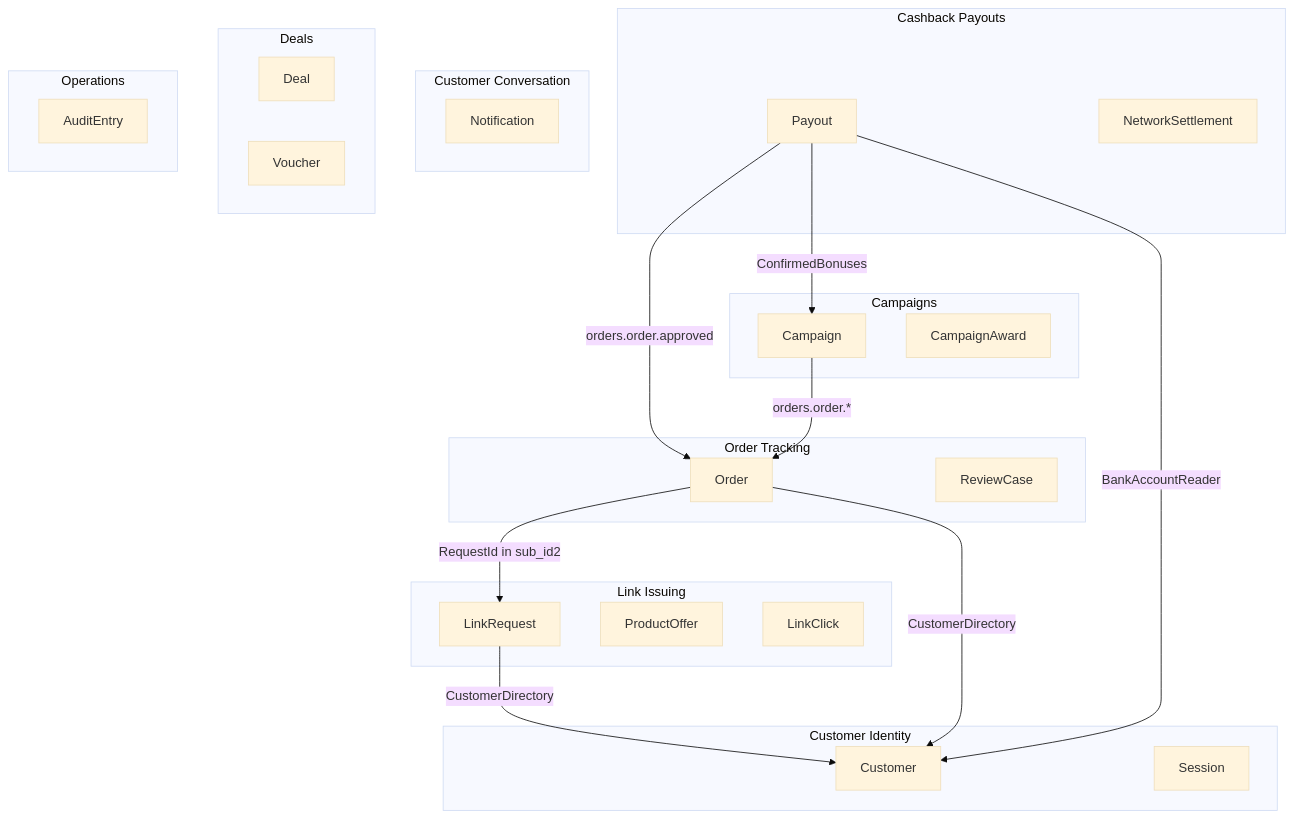
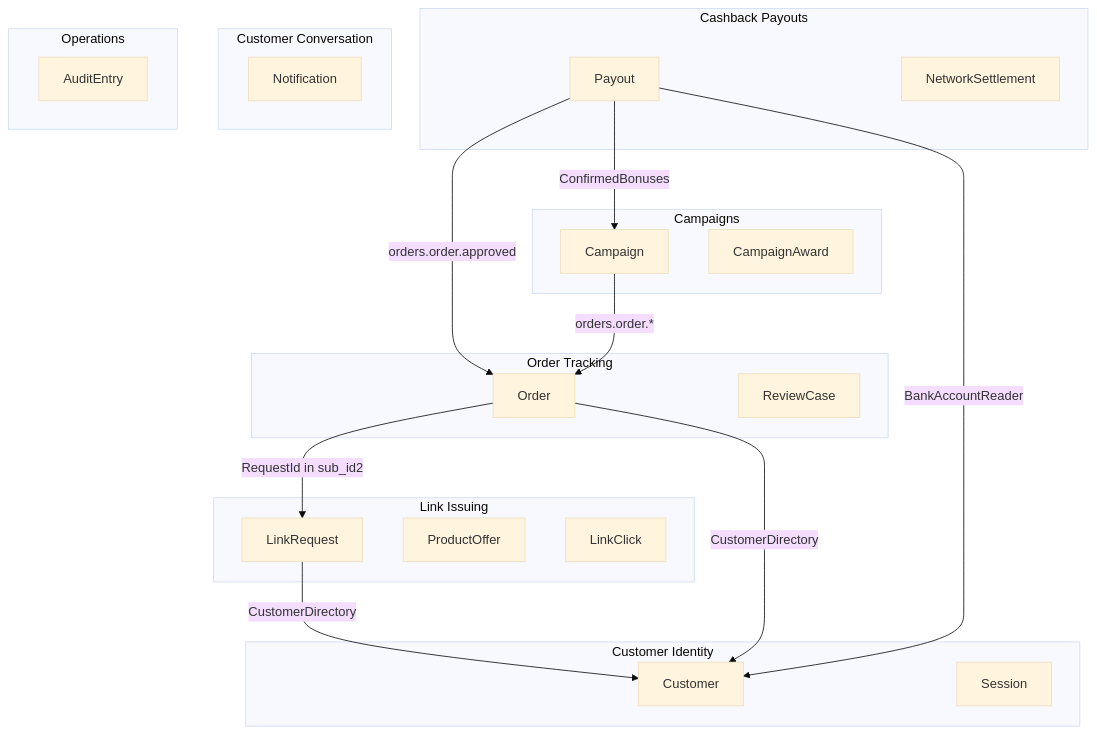
One commit to Duke0503/shopee-aff changed the diagram in docs/domain-viz/aggregate-map.md. Above: the diagram before and after it, drawn with Mermaid (base theme). The commit also changed 119 other files, not shown here.

First line of the commit message:
docs(design): UX spines, design skills, status flows and deals removal

````diff
--- a/docs/domain-viz/aggregate-map.md
+++ b/docs/domain-viz/aggregate-map.md
@@ -7,41 +7,37 @@
 ```mermaid
 flowchart TB
     subgraph context_identity["Customer Identity"]
         identity_customer["Customer"]
         identity_session["Session"]
     end
     subgraph context_linking["Link Issuing"]
         linking_link_request["LinkRequest"]
         linking_product_offer["ProductOffer"]
         linking_link_click["LinkClick"]
     end
     subgraph context_orders["Order Tracking"]
         orders_order["Order"]
         orders_review_case["ReviewCase"]
     end
     subgraph context_payouts["Cashback Payouts"]
         payouts_payout["Payout"]
         payouts_network_settlement["NetworkSettlement"]
     end
     subgraph context_campaigns["Campaigns"]
         campaigns_campaign["Campaign"]
         campaigns_award["CampaignAward"]
     end
     subgraph context_messaging["Customer Conversation"]
         messaging_notification["Notification"]
     end
-    subgraph context_catalog["Deals"]
-        catalog_deal["Deal"]
-        catalog_voucher["Voucher"]
-    end
     subgraph context_operations["Operations"]
         operations_audit_entry["AuditEntry"]
     end
     linking_link_request -->|CustomerDirectory| identity_customer
     orders_order -->|CustomerDirectory| identity_customer
     orders_order -->|RequestId in sub_id2| linking_link_request
     payouts_payout -->|orders.order.approved| orders_order
     payouts_payout -->|BankAccountReader| identity_customer
     campaigns_campaign -->|orders.order.*| orders_order
     payouts_payout -->|ConfirmedBonuses| campaigns_campaign
 ```
````
